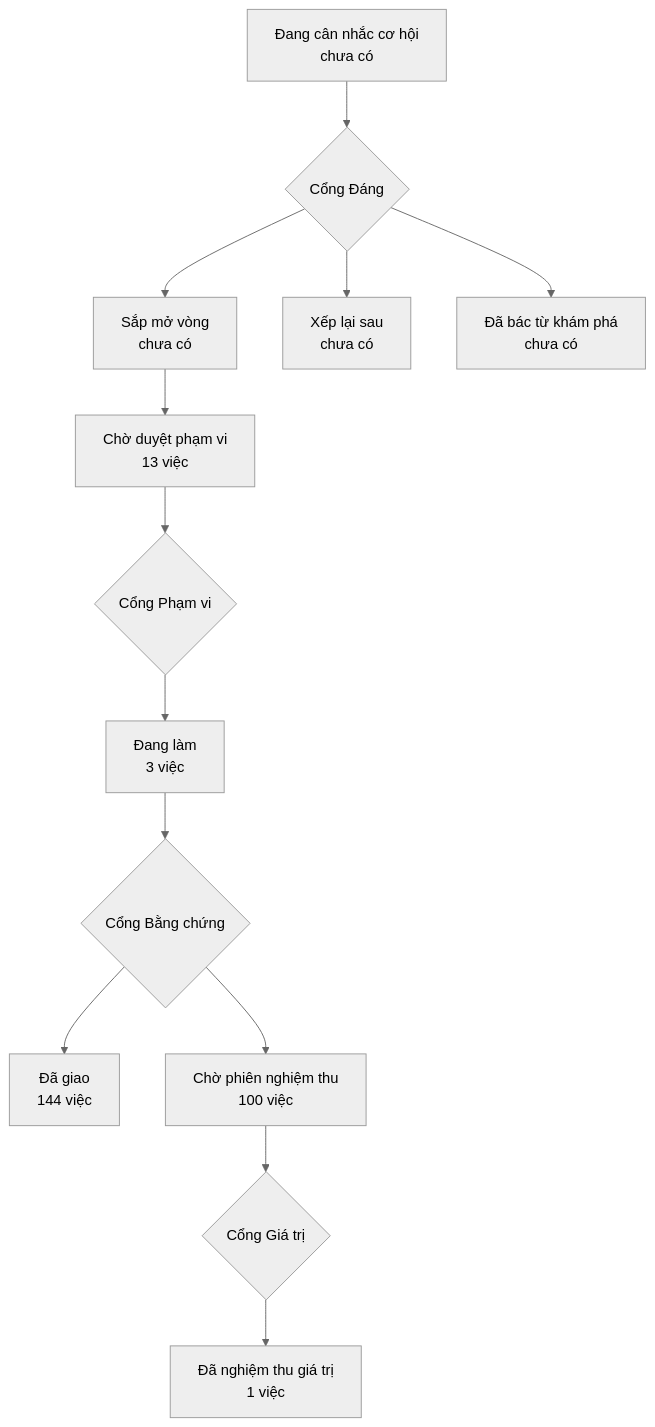
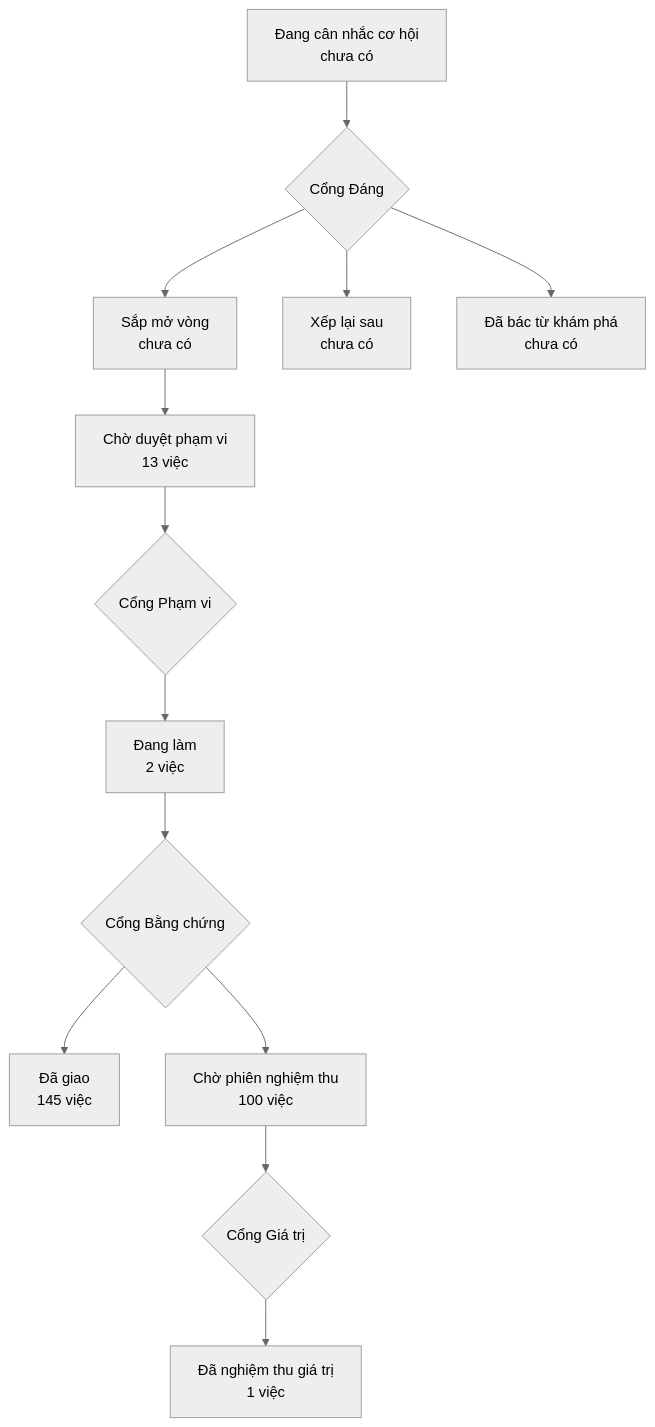
Before and after one commit to phanlemanh/onehub-invest: the diagram in PRODUCT-MAP.md, drawn with Mermaid (neutral theme). The commit also changed 4 other files, not shown here.

````diff
--- a/PRODUCT-MAP.md
+++ b/PRODUCT-MAP.md
@@ -7,12 +7,12 @@
 ```mermaid
 flowchart TD
   A["Đang cân nhắc cơ hội<br/>chưa có"] --> GD{"Cổng Đáng"}
   GD --> B["Sắp mở vòng<br/>chưa có"]
   GD --> XL["Xếp lại sau<br/>chưa có"]
   GD --> DB["Đã bác từ khám phá<br/>chưa có"]
   B --> CD["Chờ duyệt phạm vi<br/>13 việc"] --> GP{"Cổng Phạm vi"}
-  GP --> DL["Đang làm<br/>3 việc"] --> GB{"Cổng Bằng chứng"}
-  GB --> DG["Đã giao<br/>144 việc"]
+  GP --> DL["Đang làm<br/>2 việc"] --> GB{"Cổng Bằng chứng"}
+  GB --> DG["Đã giao<br/>145 việc"]
   GB --> CN["Chờ phiên nghiệm thu<br/>100 việc"] --> GG{"Cổng Giá trị"}
   GG --> NT["Đã nghiệm thu giá trị<br/>1 việc"]
 ```
````
